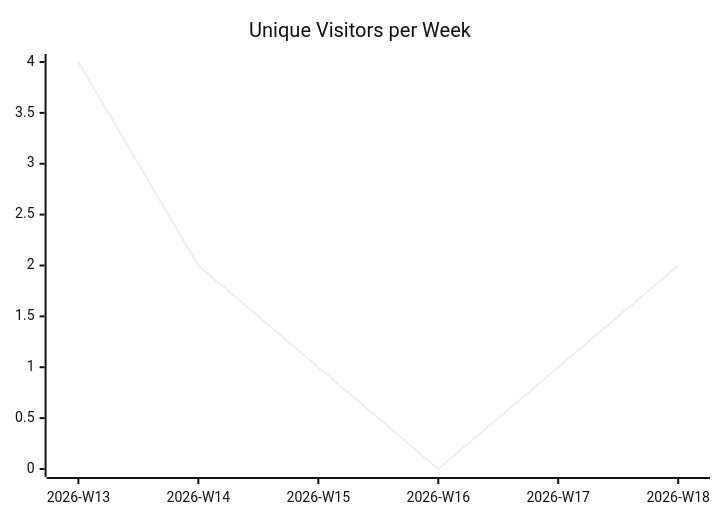
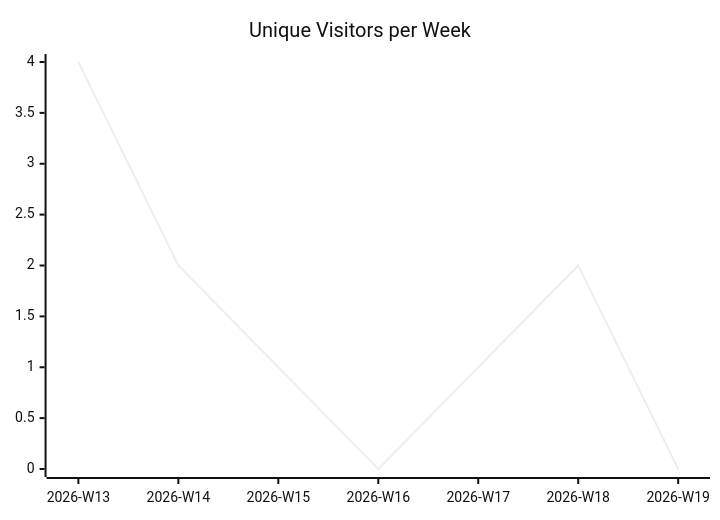
The first of 3 diagrams in karlmdavis/xmlpull/README.md (justdavis-family/github-analytics-data), drawn with Mermaid (neutral theme) before and after one commit. The commit also changed other lines of this file and 187 other files, not shown here.

````diff
--- a/karlmdavis/xmlpull/README.md
+++ b/karlmdavis/xmlpull/README.md
@@ -5,6 +5,6 @@
 ```mermaid
 xychart-beta
   title "Unique Visitors per Week"
-  x-axis ["2026-W13", "2026-W14", "2026-W15", "2026-W16", "2026-W17", "2026-W18"]
-  line [4, 2, 1, 0, 1, 2]
+  x-axis ["2026-W13", "2026-W14", "2026-W15", "2026-W16", "2026-W17", "2026-W18", "2026-W19"]
+  line [4, 2, 1, 0, 1, 2, 0]
 ```
````
